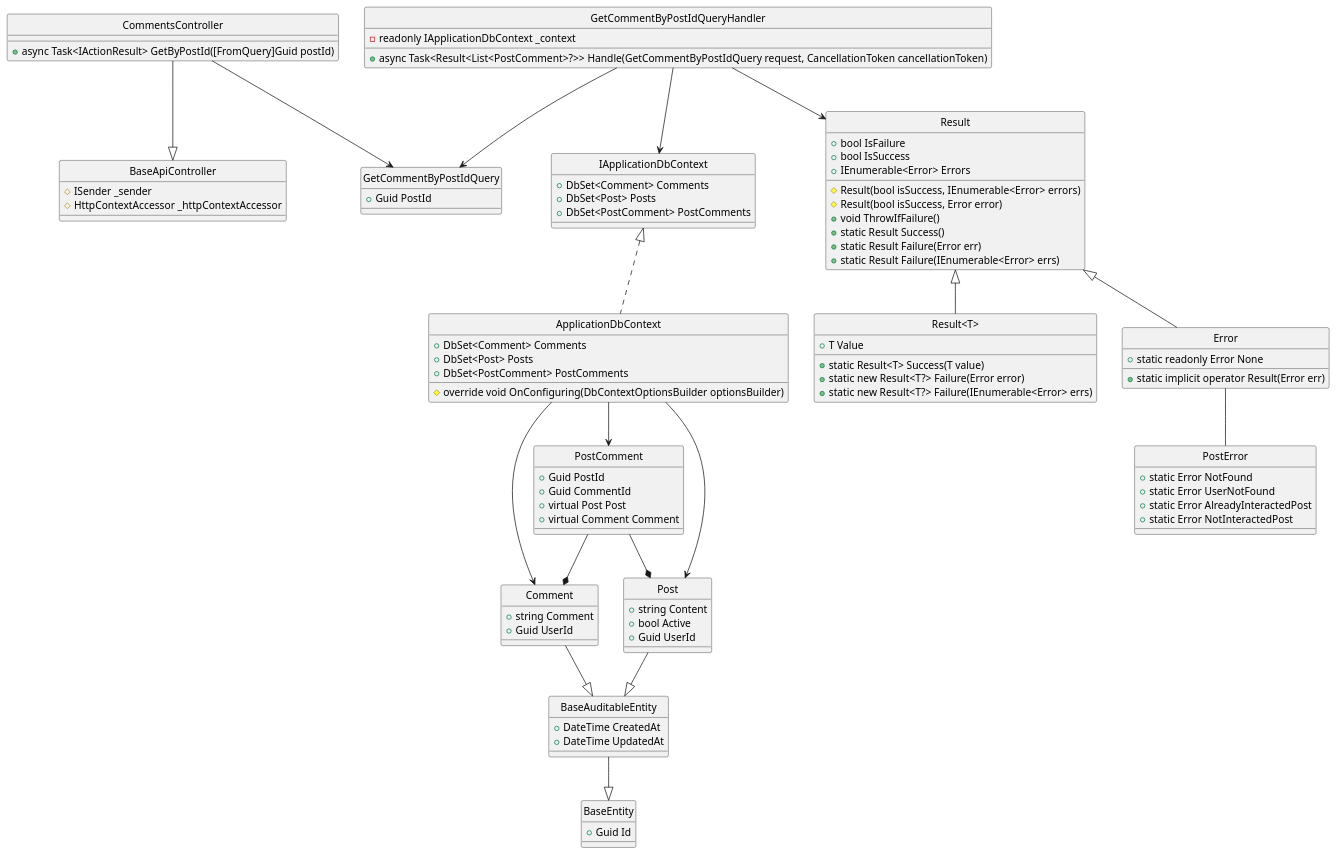
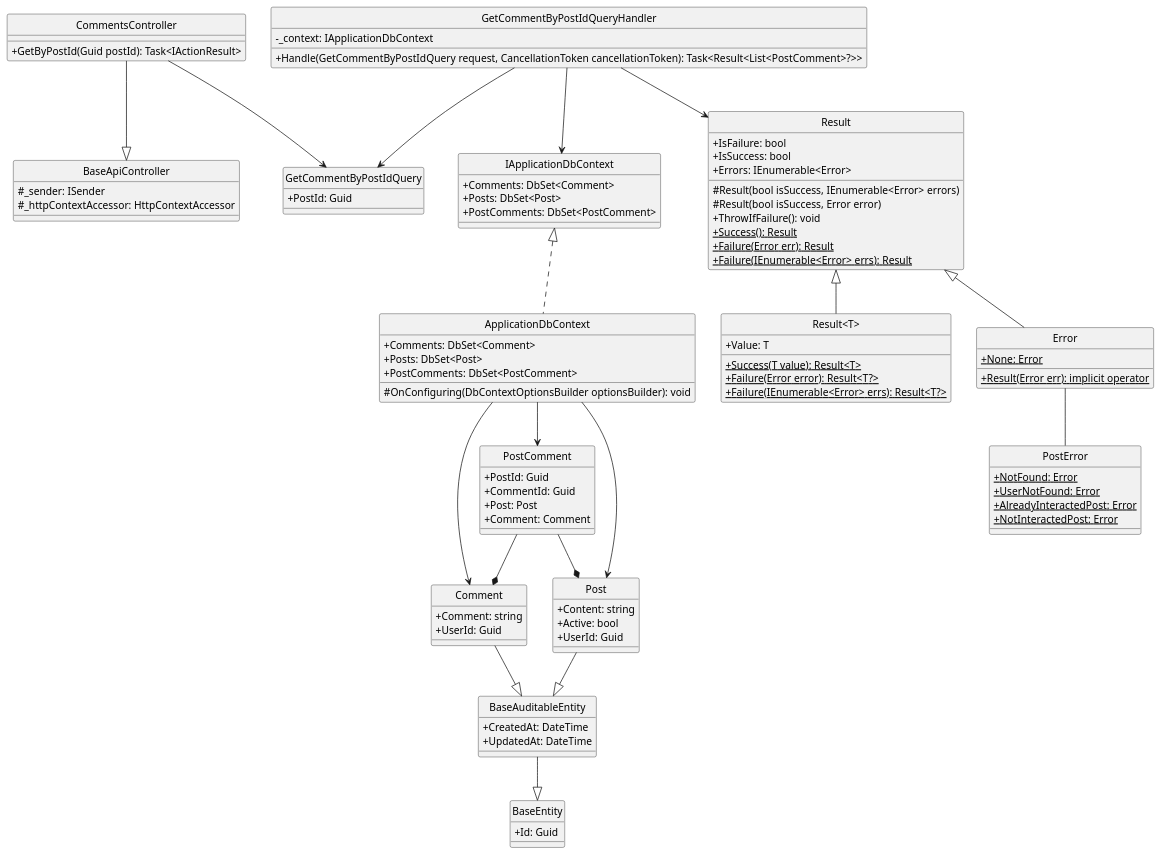
One commit to Carl-Johnsons/Chat-Application changed the diagram in docs/Class Diagram/Post/Comment/GetCommentByPostId/ClassDiagram.plantuml. Above: the diagram before and after it, drawn with PlantUML. The commit also changed 21 other files, not shown here.

```diff
--- a/docs/Class Diagram/Post/Comment/GetCommentByPostId/ClassDiagram.plantuml
+++ b/docs/Class Diagram/Post/Comment/GetCommentByPostId/ClassDiagram.plantuml
@@ -1,110 +1,115 @@
 @startuml 
 hide circle
+skinparam classAttributeIconSize 0
 
 class BaseApiController {
-    #ISender _sender
-    #HttpContextAccessor _httpContextAccessor
+    #_sender: ISender
+    #_httpContextAccessor: HttpContextAccessor
 }
 
 class CommentsController {
-    +async Task<IActionResult> GetByPostId([FromQuery]Guid postId)
+    +GetByPostId(Guid postId): Task<IActionResult>
 }
 
 class GetCommentByPostIdQuery {
-    +Guid PostId
+    +PostId: Guid
 }
 
 class GetCommentByPostIdQueryHandler {
-    -readonly IApplicationDbContext _context
-    +async Task<Result<List<PostComment>?>> Handle(GetCommentByPostIdQuery request, CancellationToken cancellationToken)
+    -_context: IApplicationDbContext
+    +Handle(GetCommentByPostIdQuery request, CancellationToken cancellationToken): Task<Result<List<PostComment>?>>
 }
 
 class IApplicationDbContext {
-    +DbSet<Comment> Comments
-    +DbSet<Post> Posts
-    +DbSet<PostComment> PostComments
+    +Comments: DbSet<Comment> 
+    +Posts: DbSet<Post> 
+    +PostComments: DbSet<PostComment> 
 }
 
 class ApplicationDbContext {
-    +DbSet<Comment> Comments
-    +DbSet<Post> Posts
-    +DbSet<PostComment> PostComments
-    #override void OnConfiguring(DbContextOptionsBuilder optionsBuilder)
+    +Comments: DbSet<Comment> 
+    +Posts: DbSet<Post> 
+    +PostComments: DbSet<PostComment>
+    #OnConfiguring(DbContextOptionsBuilder optionsBuilder): void
 }
 
 class Result {
-    +bool IsFailure
-    +bool IsSuccess
-    +IEnumerable<Error> Errors
+    +IsFailure: bool
+    +IsSuccess: bool
+    +Errors: IEnumerable<Error> 
     #Result(bool isSuccess, IEnumerable<Error> errors)
     #Result(bool isSuccess, Error error)
-    +void ThrowIfFailure()
-    +static Result Success()
-    +static Result Failure(Error err)
-    +static Result Failure(IEnumerable<Error> errs)
+    +ThrowIfFailure(): void
+    +{static} Success(): Result 
+    +{static} Failure(Error err): Result
+    +{static} Failure(IEnumerable<Error> errs): Result
 }
 
 class "Result<T>" {
-    +T Value
-    +static Result<T> Success(T value)
-    +static new Result<T?> Failure(Error error)
-    +static new Result<T?> Failure(IEnumerable<Error> errs)
+    +Value: T
+    +{static} Success(T value): Result<T> 
+    +{static} Failure(Error error): Result<T?> 
+    +{static} Failure(IEnumerable<Error> errs): Result<T?> 
 }
 
 class Error {
-    +static readonly Error None
-    +static implicit operator Result(Error err)
+    +{static} None: Error
+    +{static} Result(Error err): implicit operator
 }
 
 class PostError {
-    +static Error NotFound
-    +static Error UserNotFound
-    +static Error AlreadyInteractedPost
-    +static Error NotInteractedPost
+    +{static} NotFound: Error
+    +{static} UserNotFound: Error
+    +{static} AlreadyInteractedPost: Error
+    +{static} NotInteractedPost: Error
 }
 
 class BaseEntity {
-    +Guid Id
+    +Id: Guid
 }
 
 class BaseAuditableEntity{
-    +DateTime CreatedAt
-    +DateTime UpdatedAt
+    +CreatedAt: DateTime
+    +UpdatedAt: DateTime
 }
 
 class Comment {
-    +string Comment
-    +Guid UserId
+    +Comment: string
+    +UserId: Guid
 }
 
 class PostComment {
-    +Guid PostId
-    +Guid CommentId
-    +virtual Post Post
-    +virtual Comment Comment
+    +PostId: Guid
+    +CommentId: Guid
+    +Post: Post
+    +Comment: Comment
 }
 
 class Post {
-    +string Content
-    +bool Active
-    +Guid UserId
+    +Content: string
+    +Active: bool 
+    +UserId: Guid
 }
-
+'==== Get Comment By Post Id ====
+'API Layer
 CommentsController --|> BaseApiController
 CommentsController --> GetCommentByPostIdQuery
+'Application Layer
 GetCommentByPostIdQueryHandler --> GetCommentByPostIdQuery
 GetCommentByPostIdQueryHandler --> Result
 GetCommentByPostIdQueryHandler --> IApplicationDbContext
-IApplicationDbContext <|.. ApplicationDbContext
+'Domain Layer
 Result <|-- Error
 Result <|-- "Result<T>"
 Error -- PostError
-ApplicationDbContext --> Comment
-ApplicationDbContext --> PostComment
-ApplicationDbContext --> Post
 Comment --|> BaseAuditableEntity
 Post --|> BaseAuditableEntity
 BaseAuditableEntity --|> BaseEntity
 PostComment --* Post
 PostComment --* Comment
+'Infrastructure Layer
+IApplicationDbContext <|.. ApplicationDbContext
+ApplicationDbContext --> Comment
+ApplicationDbContext --> PostComment
+ApplicationDbContext --> Post
 @enduml
```
